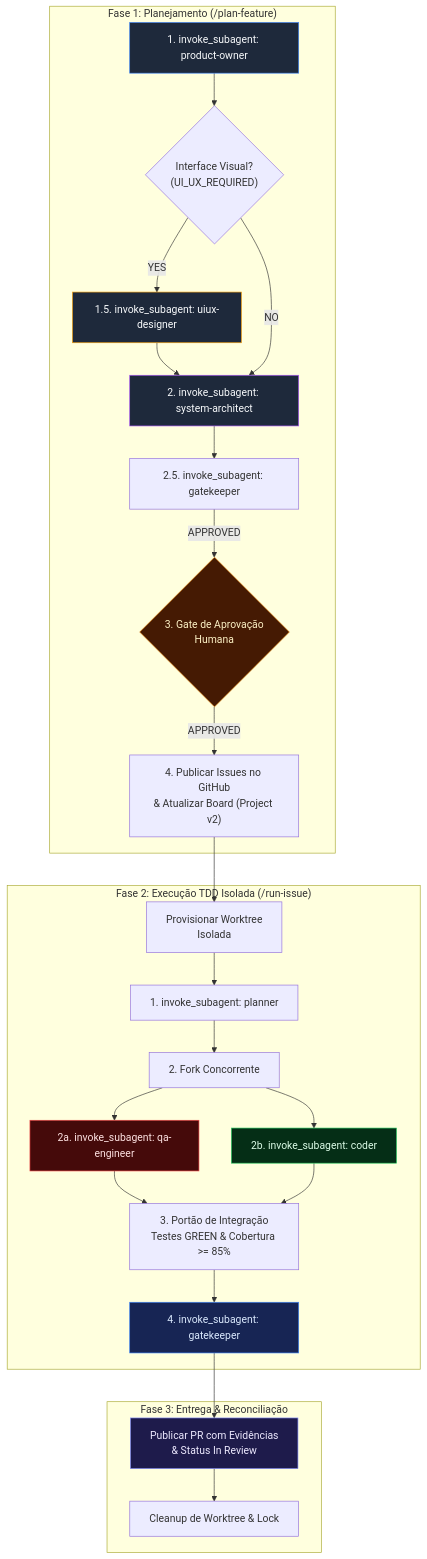
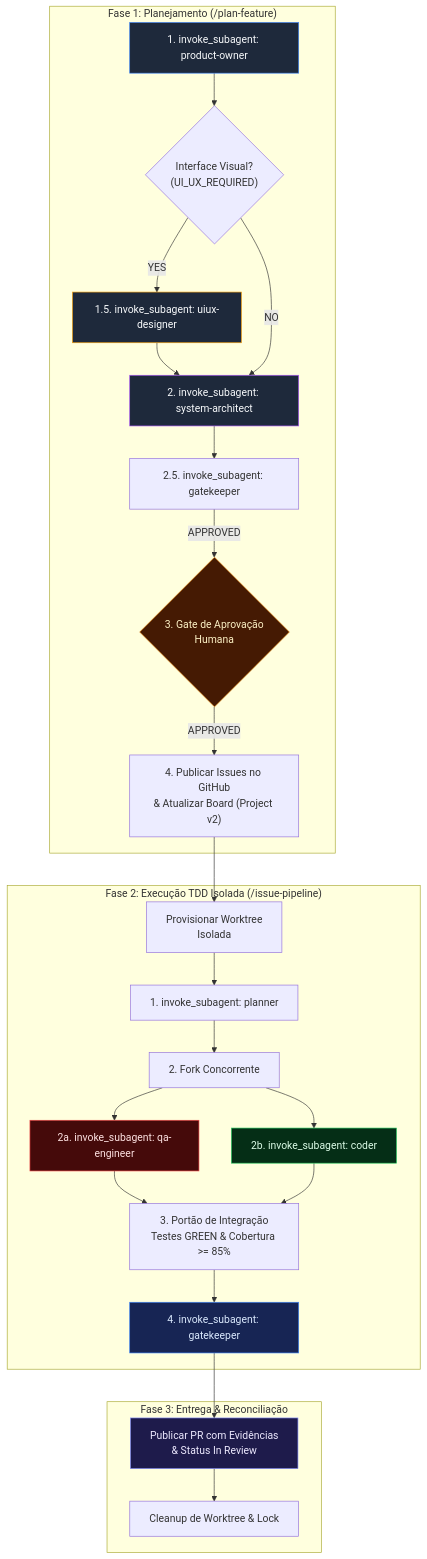
Before and after one commit to VitorJacom/my-agents: the third of 3 diagrams in docs/System-Architecture.md, drawn with Mermaid. The commit also changed other lines of this file and 10 other files, not shown here.

Commit message:
docs(wiki): add Maestro flow to Skill-issue-pipeline and standardize /issue-pipeline command

````diff
--- a/docs/System-Architecture.md
+++ b/docs/System-Architecture.md
@@ -126,54 +126,54 @@
 ```mermaid
 flowchart TD
     subgraph Planning ["Fase 1: Planejamento (/plan-feature)"]
         PO_PHASE["1. invoke_subagent: product-owner"]
         UI_PHASE{"Interface Visual?<br/>(UI_UX_REQUIRED)"}
         UIUX_MOCK["1.5. invoke_subagent: uiux-designer"]
         ARCH_PHASE["2. invoke_subagent: system-architect"]
         GOLD_PHASE["2.5. invoke_subagent: gatekeeper"]
         APPROVAL{"3. Gate de Aprovação<br/>Humana"}
         CREATE_ISSUES["4. Publicar Issues no GitHub<br/>& Atualizar Board (Project v2)"]
 
         PO_PHASE --> UI_PHASE
         UI_PHASE -- "YES" --> UIUX_MOCK --> ARCH_PHASE
         UI_PHASE -- "NO" --> ARCH_PHASE
         ARCH_PHASE --> GOLD_PHASE
         GOLD_PHASE -- "APPROVED" --> APPROVAL
         APPROVAL -- "APPROVED" --> CREATE_ISSUES
     end
 
-    subgraph Execution ["Fase 2: Execução TDD Isolada (/run-issue)"]
+    subgraph Execution ["Fase 2: Execução TDD Isolada (/issue-pipeline)"]
         WT_CREATE["Provisionar Worktree<br/>Isolada"]
         PLANNER_STATE["1. invoke_subagent: planner"]
         FORK["2. Fork Concorrente"]
         QA_STATE["2a. invoke_subagent: qa-engineer"]
         CODER_STATE["2b. invoke_subagent: coder"]
         JOIN["3. Portão de Integração<br/>Testes GREEN & Cobertura >= 85%"]
         GK_AUDIT["4. invoke_subagent: gatekeeper"]
 
         CREATE_ISSUES --> WT_CREATE
         WT_CREATE --> PLANNER_STATE
         PLANNER_STATE --> FORK
         FORK --> QA_STATE
         FORK --> CODER_STATE
         QA_STATE --> JOIN
         CODER_STATE --> JOIN
         JOIN --> GK_AUDIT
     end
 
     subgraph Delivery ["Fase 3: Entrega & Reconciliação"]
         PR_PUBLISH["Publicar PR com Evidências<br/>& Status In Review"]
         WT_CLEANUP["Cleanup de Worktree & Lock"]
 
         GK_AUDIT --> PR_PUBLISH --> WT_CLEANUP
     end
 
     style PO_PHASE fill:#1e293b,stroke:#3b82f6,stroke-width:1px,color:#f8fafc
     style UIUX_MOCK fill:#1e293b,stroke:#f59e0b,stroke-width:1px,color:#f8fafc
     style ARCH_PHASE fill:#1e293b,stroke:#a855f7,stroke-width:1px,color:#f8fafc
     style APPROVAL fill:#451a03,stroke:#d97706,stroke-width:1px,color:#fef3c7
     style QA_STATE fill:#450a0a,stroke:#ef4444,stroke-width:1px,color:#fee2e2
     style CODER_STATE fill:#052e16,stroke:#22c55e,stroke-width:1px,color:#dcfce7
     style GK_AUDIT fill:#172554,stroke:#3b82f6,stroke-width:1px,color:#dbeafe
     style PR_PUBLISH fill:#1e1b4b,stroke:#818cf8,stroke-width:1px,color:#ede9fe
 ```
````
